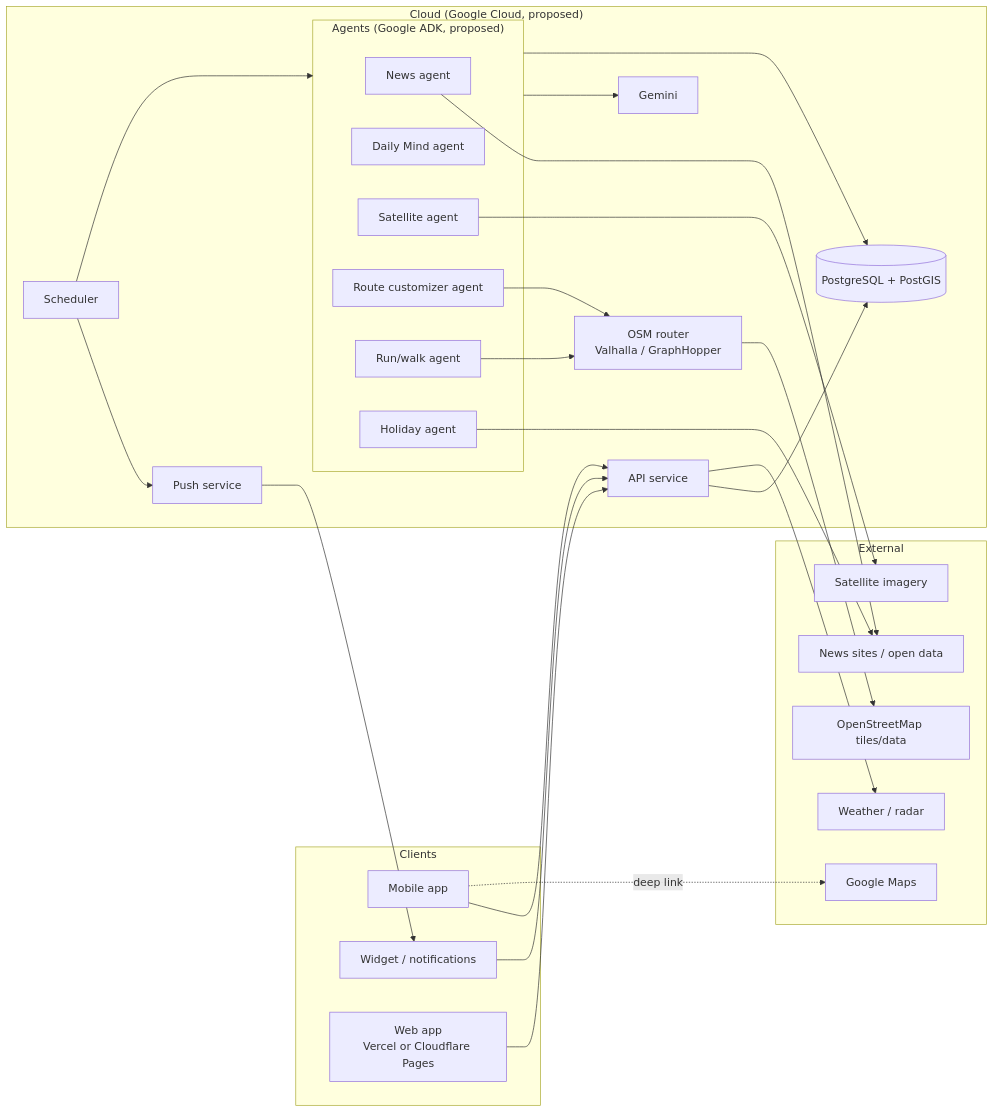
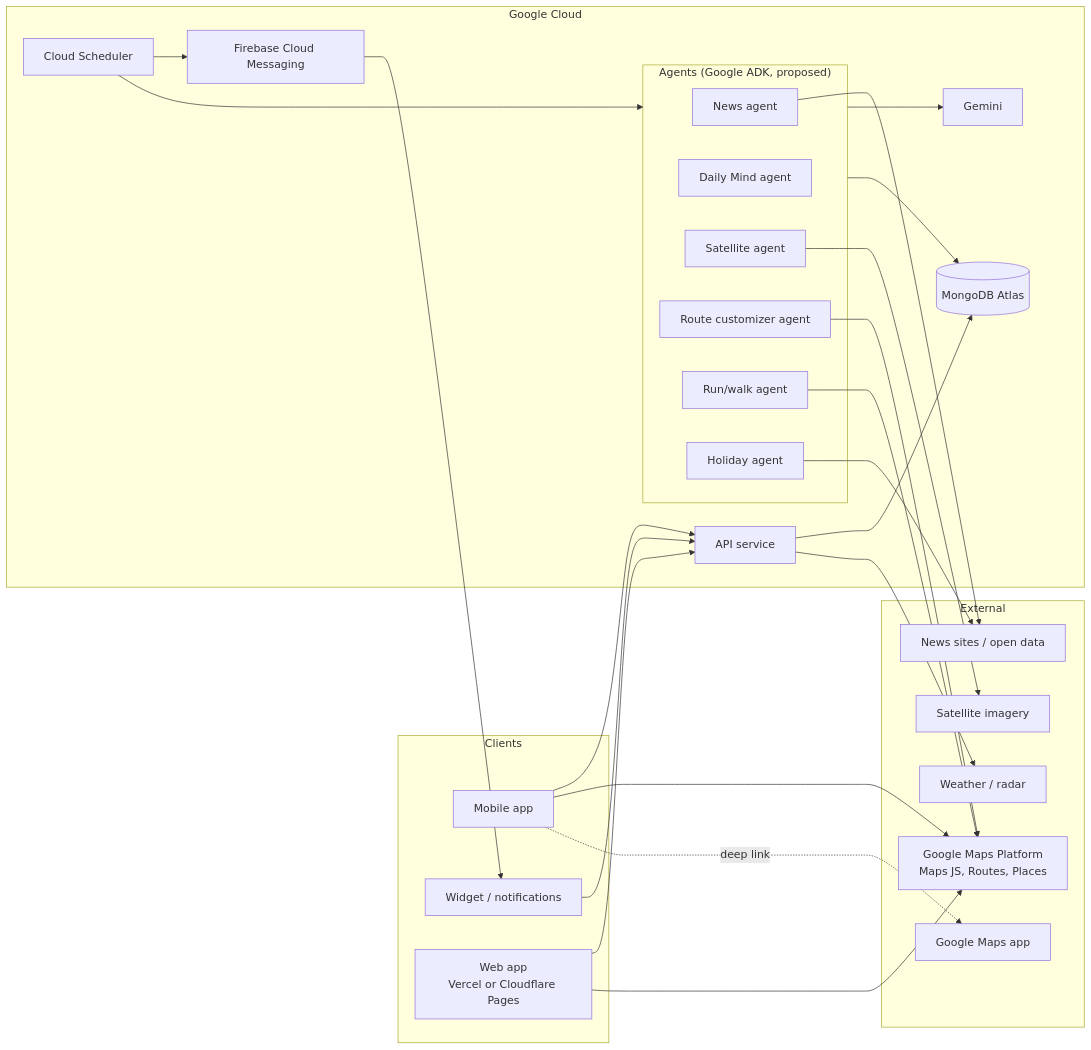
Before and after one commit to TomasPessagno/mapay: the second of 2 diagrams in README.md, drawn with Mermaid. The commit also changed other lines of this file and 2 other files, not shown here.

First line of the commit message:
Docs: Google Maps for map + routing, MongoDB, real push + widget

````diff
--- a/README.md
+++ b/README.md
@@ -166,49 +170,48 @@
 ```mermaid
 flowchart LR
     subgraph Clients
         A[Mobile app]
         W[Widget / notifications]
         WEB[Web app<br/>Vercel or Cloudflare Pages]
     end
 
-    subgraph Cloud["Cloud (Google Cloud, proposed)"]
+    subgraph Cloud["Google Cloud"]
         API[API service]
-        DB[(PostgreSQL + PostGIS)]
-        SCHED[Scheduler]
-        PUSH[Push service]
+        DB[(MongoDB Atlas)]
+        SCHED[Cloud Scheduler]
+        PUSH[Firebase Cloud Messaging]
         subgraph Agents["Agents (Google ADK, proposed)"]
             NEWS[News agent]
             MIND[Daily Mind agent]
             SAT[Satellite agent]
             ROUTE[Route customizer agent]
             RUN[Run/walk agent]
             HOL[Holiday agent]
         end
         LLM[Gemini]
-        ROUTER[OSM router<br/>Valhalla / GraphHopper]
     end
 
     subgraph External
-        OSM[OpenStreetMap tiles/data]
-        GMAPS[Google Maps]
+        GMAPI[Google Maps Platform<br/>Maps JS, Routes, Places]
+        GMAPS[Google Maps app]
         WX[Weather / radar]
         SRC[News sites / open data]
         IMG[Satellite imagery]
     end
 
     A & WEB --> API
     W --> API
     API --> DB
     SCHED --> Agents
     SCHED --> PUSH --> W
     Agents --> LLM
     Agents --> DB
     NEWS --> SRC
     SAT --> IMG
     HOL --> SRC
-    ROUTE --> ROUTER
-    RUN --> ROUTER
-    ROUTER --> OSM
+    A & WEB --> GMAPI
+    ROUTE --> GMAPI
+    RUN --> GMAPI
     A -. deep link .-> GMAPS
     API --> WX
 ```
````
